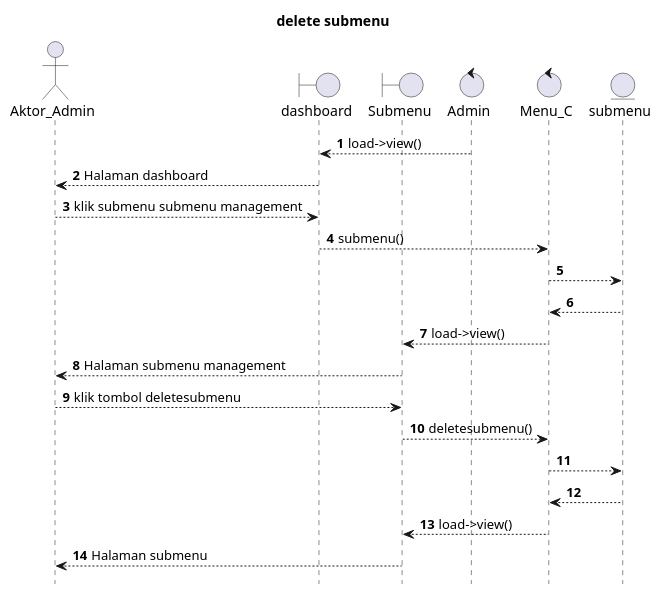
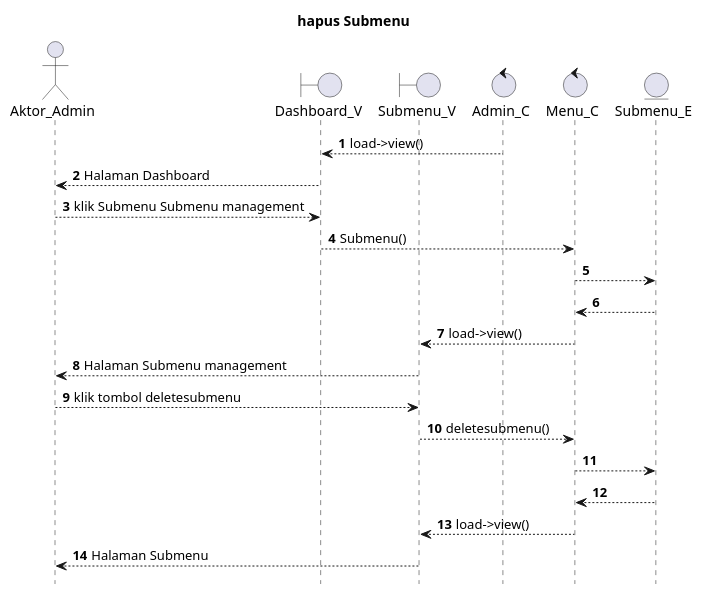
Before and after one commit to kurniado729/sistem_kp: the diagram in UML/admin/deletesubmenu.puml, drawn with PlantUML. The commit also changed 54 other files, not shown here.

```diff
--- a/UML/admin/deletesubmenu.puml
+++ b/UML/admin/deletesubmenu.puml
@@ -1,32 +1,32 @@
 @startuml
 
 autonumber
 hide footbox
-title delete submenu
+title hapus Submenu
 
 Actor Aktor_Admin
-boundary dashboard
-boundary Submenu
-control Admin
+boundary Dashboard_V
+boundary Submenu_V
+control Admin_C
 control Menu_C
-Entity submenu
+Entity Submenu_E
 
-Admin --> dashboard: load->view()
-dashboard --> Aktor_Admin: Halaman dashboard
-Aktor_Admin --> dashboard: klik submenu submenu management
-dashboard --> Menu_C: submenu()
-Menu_C --> submenu:
+Admin_C --> Dashboard_V: load->view()
+Dashboard_V --> Aktor_Admin: Halaman Dashboard
+Aktor_Admin --> Dashboard_V: klik Submenu Submenu management
+Dashboard_V --> Menu_C: Submenu()
+Menu_C --> Submenu_E:
     
-    submenu --> Menu_C:
-    Menu_C --> Submenu: load->view()
-    Submenu --> Aktor_Admin: Halaman submenu management
+    Submenu_E --> Menu_C:
+    Menu_C --> Submenu_V: load->view()
+    Submenu_V --> Aktor_Admin: Halaman Submenu management
 
-Aktor_Admin --> Submenu: klik tombol deletesubmenu
-Submenu --> Menu_C: deletesubmenu()
-Menu_C --> submenu:
+Aktor_Admin --> Submenu_V: klik tombol deletesubmenu
+Submenu_V --> Menu_C: deletesubmenu()
+Menu_C --> Submenu_E:
   
-    submenu --> Menu_C:
-    Menu_C --> Submenu: load->view()
-    Submenu --> Aktor_Admin: Halaman submenu
+    Submenu_E --> Menu_C:
+    Menu_C --> Submenu_V: load->view()
+    Submenu_V --> Aktor_Admin: Halaman Submenu
 
 @enduml
```
